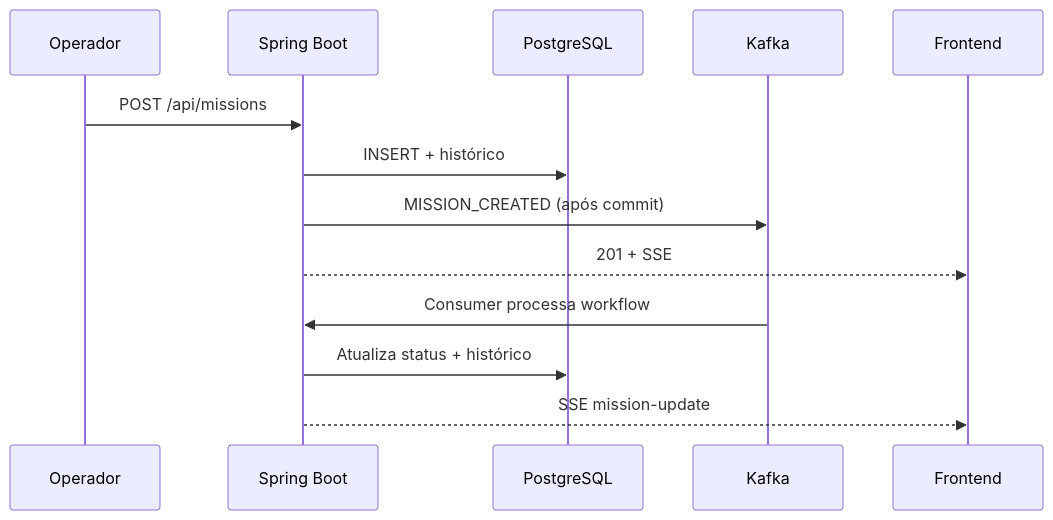
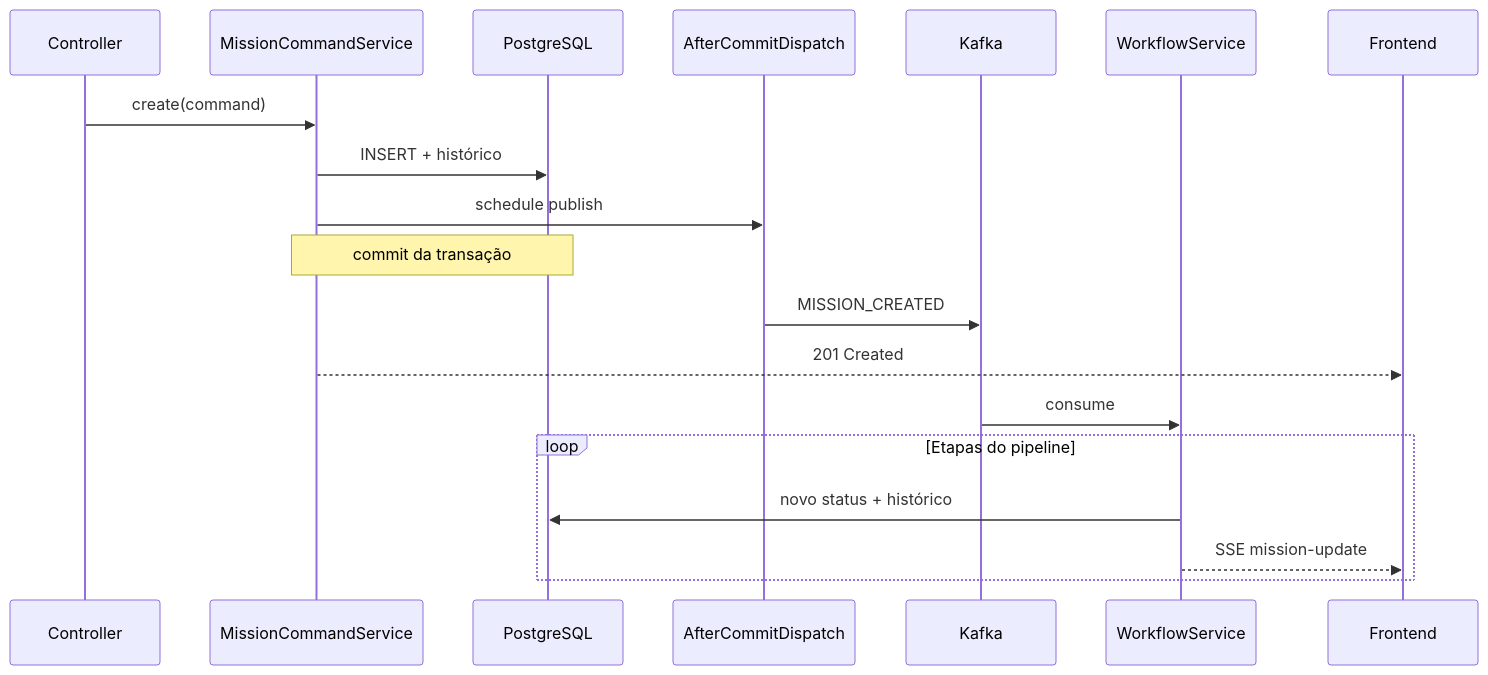
The third of 3 diagrams in README.md (karolAlbuquerque/central-lj), drawn with Mermaid before and after one commit. The commit also changed other lines of this file, not shown here.

First line of the commit message:
docs: expand README with detailed project overview and architecture

````diff
--- a/README.md
+++ b/README.md
@@ -191,16 +161,22 @@
 ```mermaid
 sequenceDiagram
-  participant Op as Operador
-  participant API as Spring Boot
+  participant C as Controller
+  participant S as MissionCommandService
   participant DB as PostgreSQL
+  participant AC as AfterCommitDispatch
   participant K as Kafka
+  participant W as WorkflowService
   participant UI as Frontend
 
-  Op->>API: POST /api/missions
-  API->>DB: INSERT + histórico
-  API->>K: MISSION_CREATED (após commit)
-  API-->>UI: 201 + SSE
-  K->>API: Consumer processa workflow
-  API->>DB: Atualiza status + histórico
-  API-->>UI: SSE mission-update
+  C->>S: create(command)
+  S->>DB: INSERT + histórico
+  S->>AC: schedule publish
+  Note over S,DB: commit da transação
+  AC->>K: MISSION_CREATED
+  S-->>UI: 201 Created
+  K->>W: consume
+  loop Etapas do pipeline
+    W->>DB: novo status + histórico
+    W-->>UI: SSE mission-update
+  end
 ```
````
